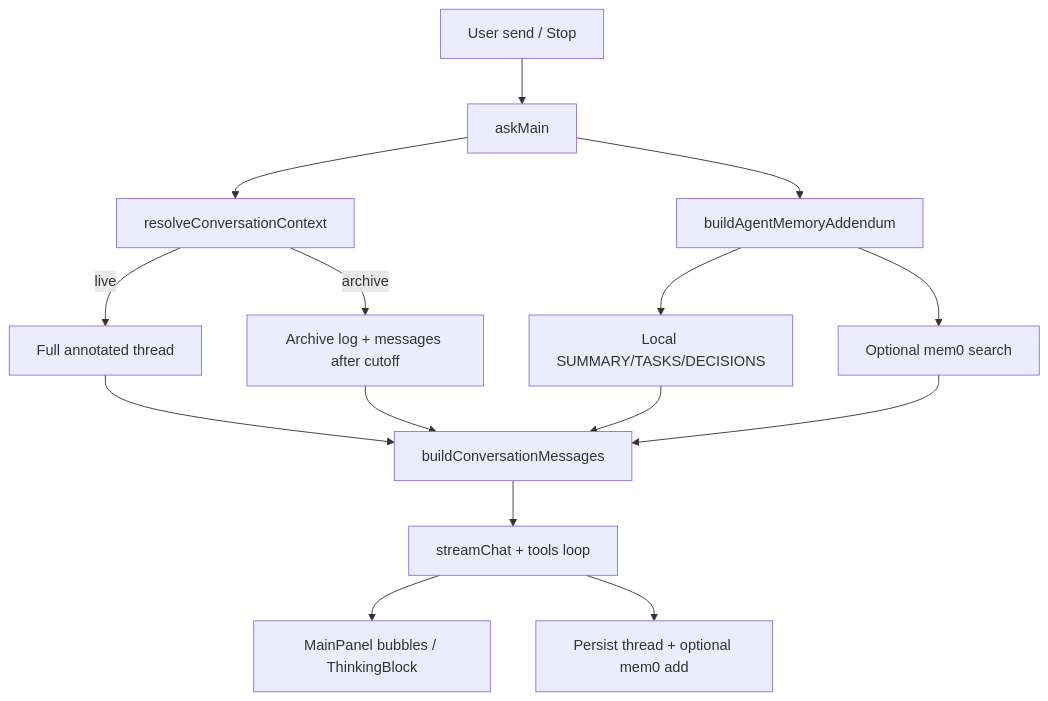
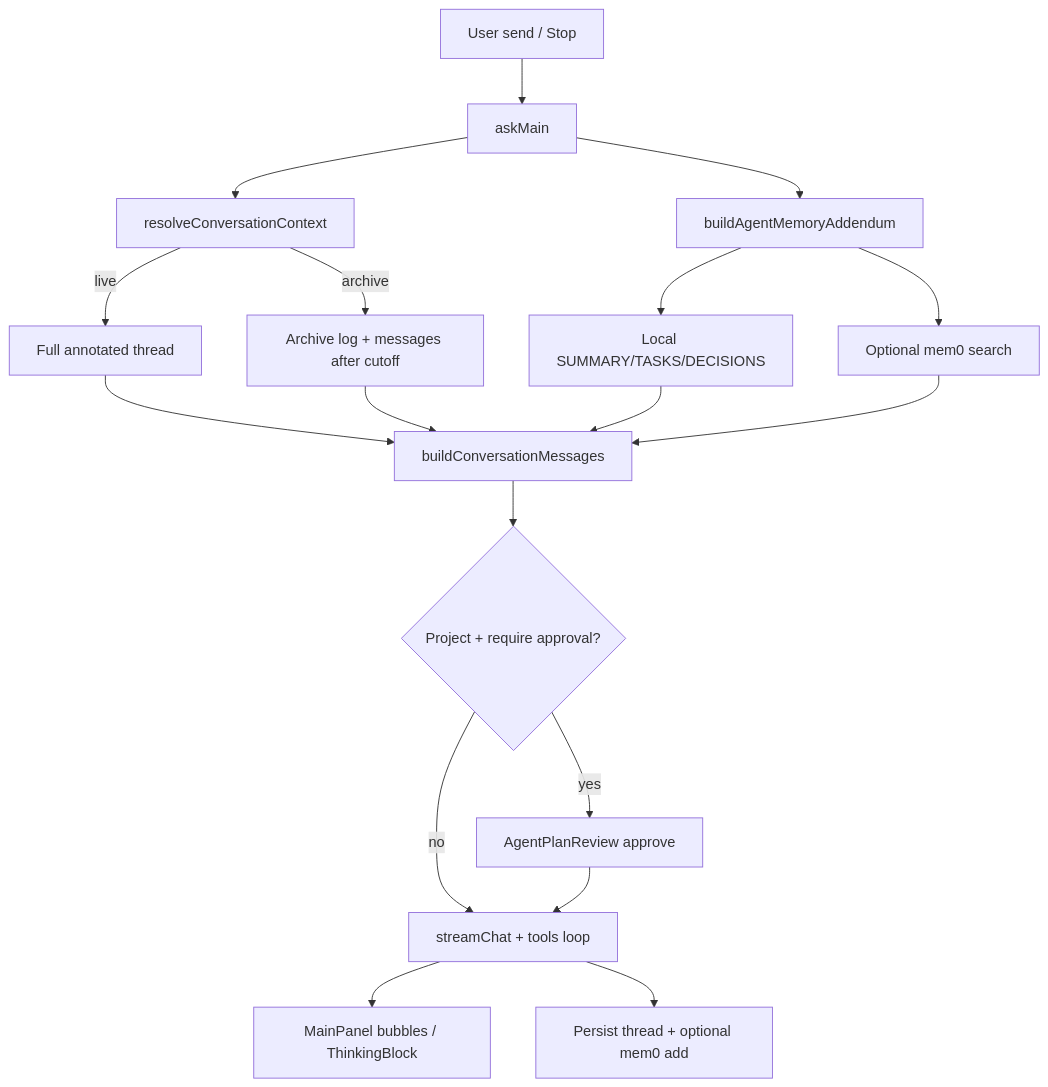
Before and after one commit to y-Adrian/forknote: the second of 2 diagrams in README.md, drawn with Mermaid. The commit also changed other lines of this file, not shown here.

First line of the commit message:
Update README for plan-approval agent flow and current settings.

````diff
--- a/README.md
+++ b/README.md
@@ -281,17 +289,20 @@
 ```mermaid
 flowchart TD
   User[User send / Stop] --> askMain[askMain]
   askMain --> resolve[resolveConversationContext]
   resolve -->|live| full[Full annotated thread]
   resolve -->|archive| arch[Archive log + messages after cutoff]
   askMain --> mem[buildAgentMemoryAddendum]
   mem --> md[Local SUMMARY/TASKS/DECISIONS]
   mem --> m0[Optional mem0 search]
   full --> build[buildConversationMessages]
   arch --> build
   md --> build
   m0 --> build
-  build --> stream[streamChat + tools loop]
+  build --> plan{Project + require approval?}
+  plan -->|yes| review[AgentPlanReview approve]
+  plan -->|no| stream[streamChat + tools loop]
+  review --> stream
   stream --> UI[MainPanel bubbles / ThinkingBlock]
   stream --> persist[Persist thread + optional mem0 add]
 ```
````
